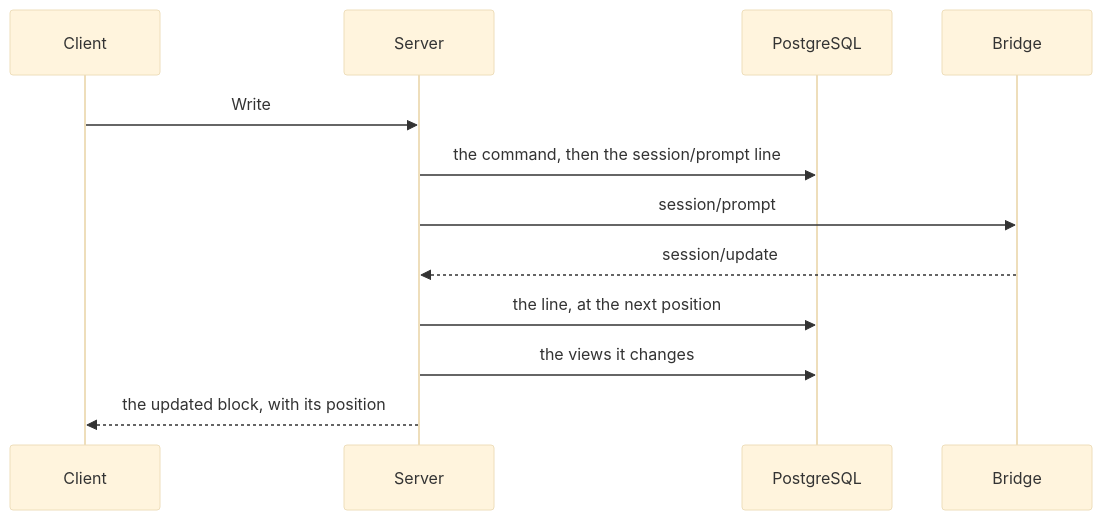
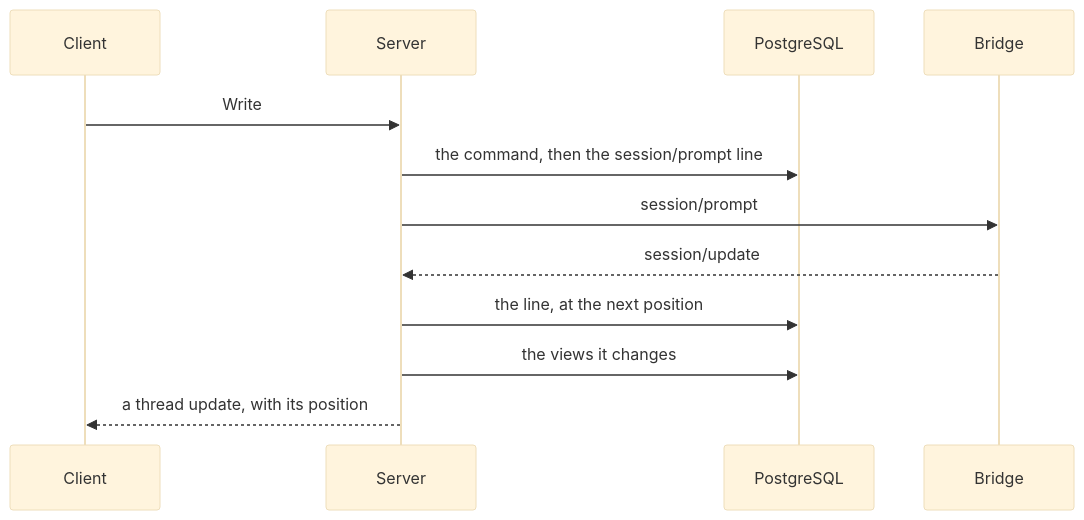
Before and after one commit to arnaultbretagne/agora: the diagram in docs/architecture/log.md, drawn with Mermaid (base theme). The commit also changed other lines of this file and 4 other files, not shown here.

````diff
--- a/docs/architecture/log.md
+++ b/docs/architecture/log.md
@@ -39,14 +39,14 @@
 ```mermaid
 sequenceDiagram
     participant Client
     participant Server
     participant DB as PostgreSQL
     participant Bridge
     Client->>Server: Write
     Server->>DB: the command, then the session/prompt line
     Server->>Bridge: session/prompt
     Bridge-->>Server: session/update
     Server->>DB: the line, at the next position
     Server->>DB: the views it changes
-    Server-->>Client: the updated block, with its position
+    Server-->>Client: a thread update, with its position
 ```
````
